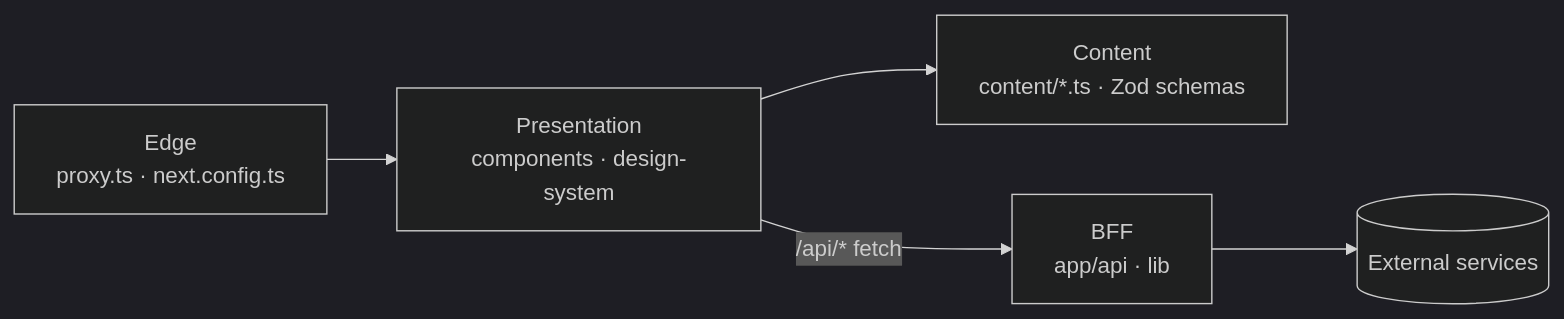
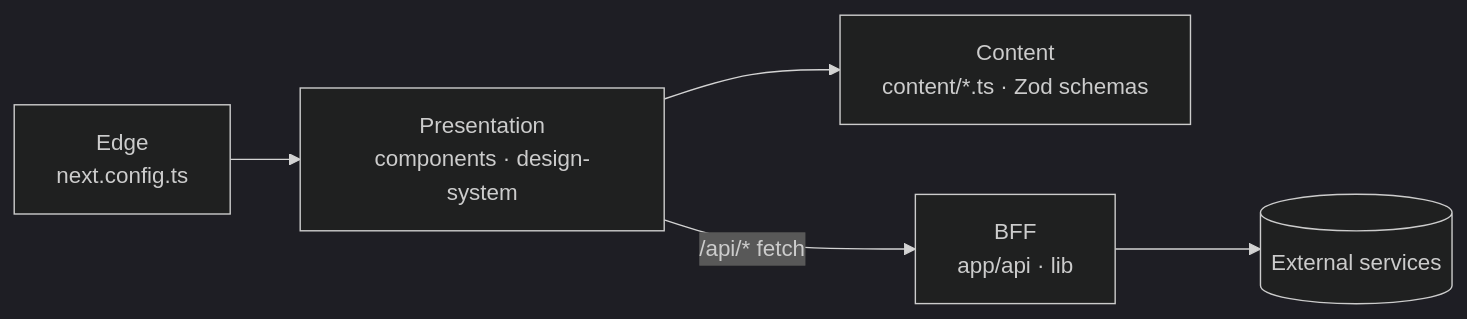
The first of 5 diagrams in docs/01-architecture.md (erikunha/portfolio), drawn with Mermaid (dark theme) before and after one commit. The commit also changed other lines of this file and 31 other files, not shown here.

````diff
--- a/docs/01-architecture.md
+++ b/docs/01-architecture.md
@@ -15,7 +15,7 @@
 ```mermaid
 flowchart LR
-    edge["Edge<br/>proxy.ts · next.config.ts"] --> pres["Presentation<br/>components · design-system"]
+    edge["Edge<br/>next.config.ts"] --> pres["Presentation<br/>components · design-system"]
     pres --> content["Content<br/>content/*.ts · Zod schemas"]
     pres -->|"/api/* fetch"| bff["BFF<br/>app/api · lib"]
     bff --> ext[("External services")]
 ```
````
